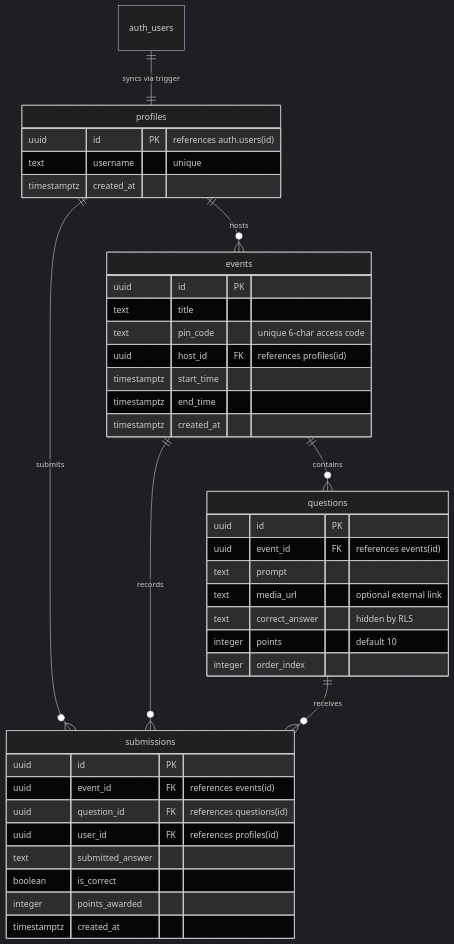
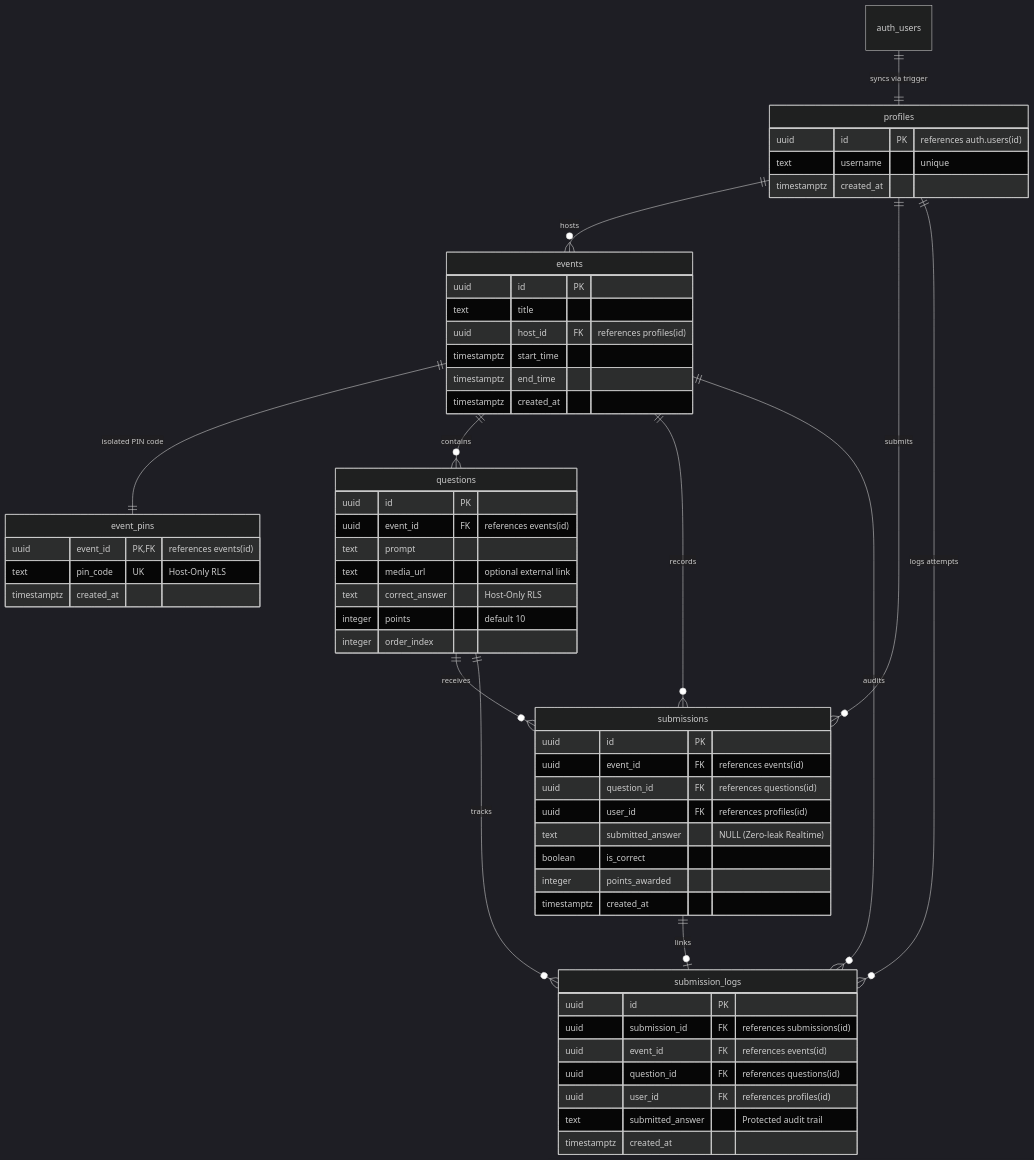
Before and after one commit to Joydeep2005Banik/CTFy: the third of 4 diagrams in docs/architecture/ARCHITECTURE.md, drawn with Mermaid (dark theme). The commit also changed other lines of this file and 3 other files, not shown here.

Commit message:
docs: update architecture and system design documentation with zero-leak RLS and audit log models

````diff
--- a/docs/architecture/ARCHITECTURE.md
+++ b/docs/architecture/ARCHITECTURE.md
@@ -101,46 +101,66 @@
 ```mermaid
 erDiagram
     auth_users ||--|| profiles : "syncs via trigger"
     profiles ||--o{ events : "hosts"
     profiles ||--o{ submissions : "submits"
+    profiles ||--o{ submission_logs : "logs attempts"
+    events ||--|| event_pins : "isolated PIN code"
     events ||--o{ questions : "contains"
     events ||--o{ submissions : "records"
+    events ||--o{ submission_logs : "audits"
     questions ||--o{ submissions : "receives"
+    questions ||--o{ submission_logs : "tracks"
+    submissions ||--o| submission_logs : "links"
 
     profiles {
         uuid id PK "references auth.users(id)"
         text username "unique"
         timestamptz created_at
     }
 
     events {
         uuid id PK
         text title
-        text pin_code "unique 6-char access code"
         uuid host_id FK "references profiles(id)"
         timestamptz start_time
         timestamptz end_time
+        timestamptz created_at
+    }
+
+    event_pins {
+        uuid event_id PK,FK "references events(id)"
+        text pin_code UK "Host-Only RLS"
         timestamptz created_at
     }
 
     questions {
         uuid id PK
         uuid event_id FK "references events(id)"
         text prompt
         text media_url "optional external link"
-        text correct_answer "hidden by RLS"
+        text correct_answer "Host-Only RLS"
         integer points "default 10"
         integer order_index
     }
 
     submissions {
         uuid id PK
         uuid event_id FK "references events(id)"
         uuid question_id FK "references questions(id)"
         uuid user_id FK "references profiles(id)"
-        text submitted_answer
+        text submitted_answer "NULL (Zero-leak Realtime)"
         boolean is_correct
         integer points_awarded
         timestamptz created_at
     }
+
+    submission_logs {
+        uuid id PK
+        uuid submission_id FK "references submissions(id)"
+        uuid event_id FK "references events(id)"
+        uuid question_id FK "references questions(id)"
+        uuid user_id FK "references profiles(id)"
+        text submitted_answer "Protected audit trail"
+        timestamptz created_at
+    }
 ```
````
